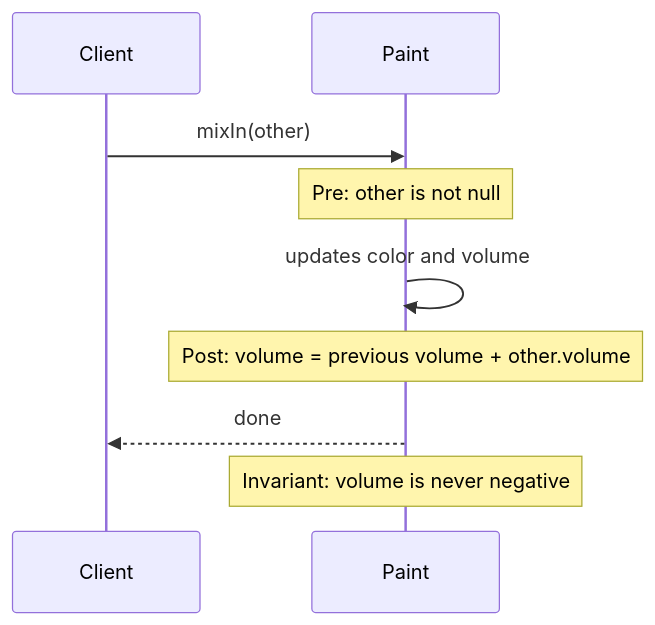
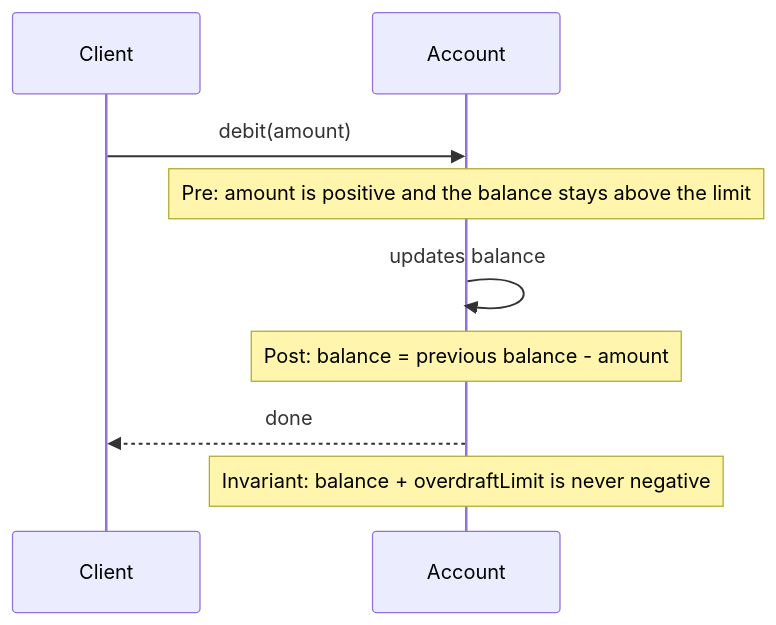
Before and after one commit to alancesar/design-patterns: the diagram in i18n/en/docusaurus-plugin-content-docs/current/design/ddd/supple-design/assertions.md, drawn with Mermaid. The commit also changed other lines of this file and 67 other files, not shown here.

First line of the commit message:
Switch DDD examples and diagrams to fintech scenarios

````diff
--- a/i18n/en/docusaurus-plugin-content-docs/current/design/ddd/supple-design/assertions.md
+++ b/i18n/en/docusaurus-plugin-content-docs/current/design/ddd/supple-design/assertions.md
@@ -54,11 +54,11 @@
 ```mermaid
 sequenceDiagram
     participant C as Client
-    participant P as Paint
-    C->>P: mixIn(other)
-    Note over P: Pre: other is not null
-    P->>P: updates color and volume
-    Note over P: Post: volume = previous volume + other.volume
-    P-->>C: done
-    Note over P: Invariant: volume is never negative
+    participant A as Account
+    C->>A: debit(amount)
+    Note over A: Pre: amount is positive and the balance stays above the limit
+    A->>A: updates balance
+    Note over A: Post: balance = previous balance - amount
+    A-->>C: done
+    Note over A: Invariant: balance + overdraftLimit is never negative
 ```
````
